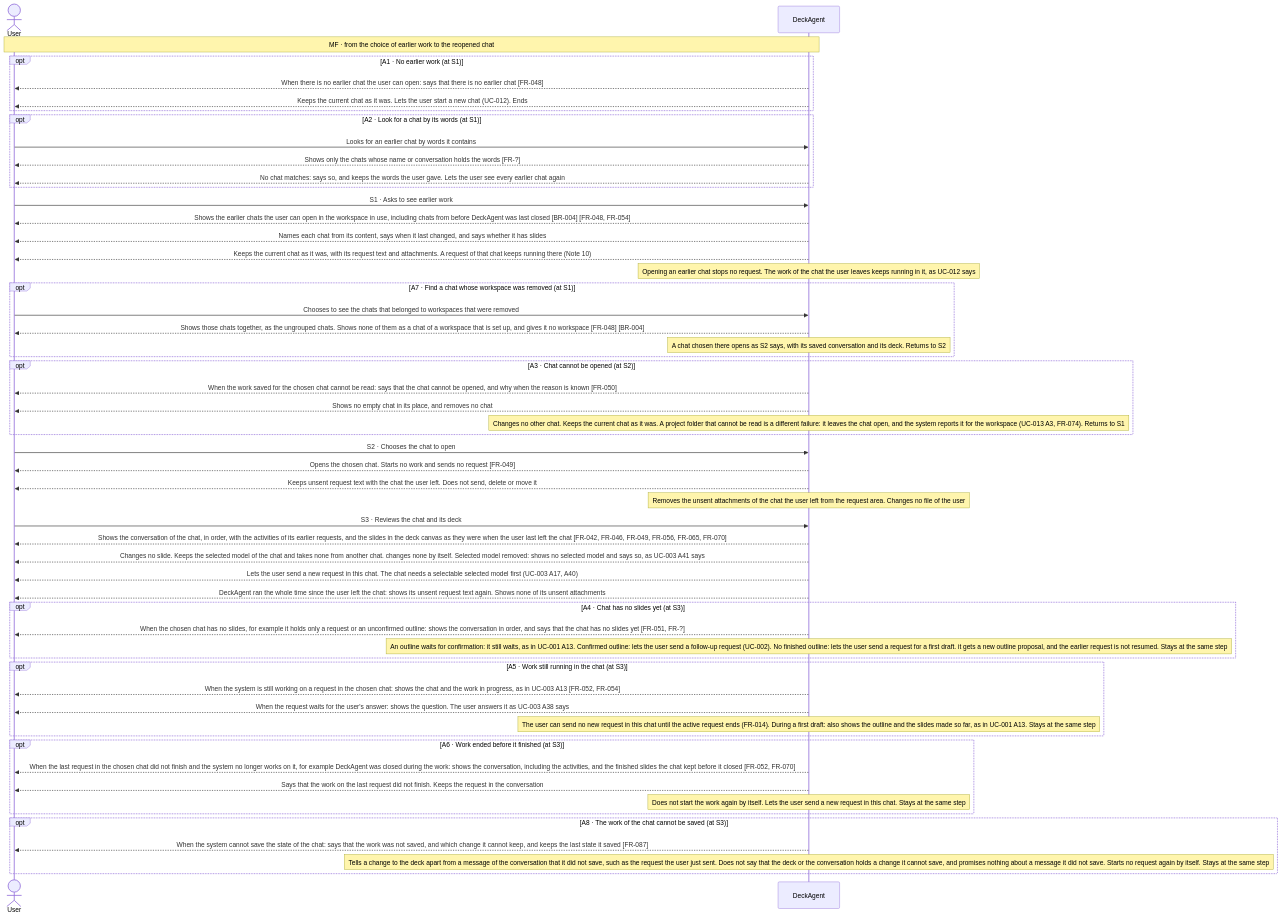
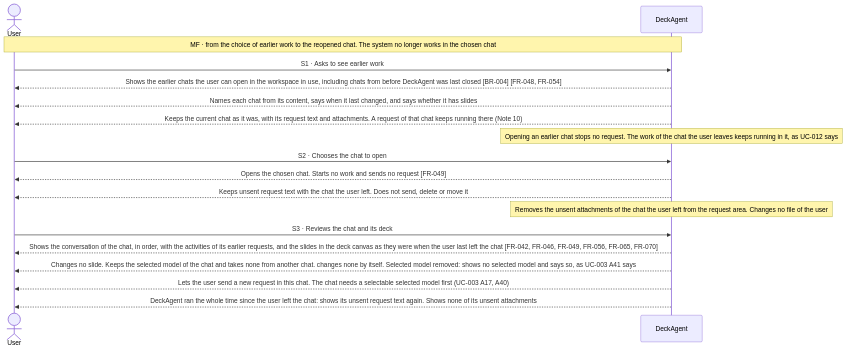
One commit to Luke23127006/DeckAgent changed the first of 9 diagrams in docs/spec/03-use-cases/UC-006.md. Above: the diagram before and after it, drawn with Mermaid. The commit also changed other lines of this file and 25 other files, not shown here.

Commit message:
docs(spec): restructure use cases with main flow first

````diff
--- a/docs/spec/03-use-cases/UC-006.md
+++ b/docs/spec/03-use-cases/UC-006.md
@@ -40,57 +40,20 @@
 ```mermaid
 sequenceDiagram
     actor User
     participant DeckAgent
-    Note over User,DeckAgent: MF · from the choice of earlier work to the reopened chat
-    opt A1 · No earlier work (at S1)
-        DeckAgent-->>User: When there is no earlier chat the user can open: says that there is no earlier chat [FR-048]
-        DeckAgent-->>User: Keeps the current chat as it was. Lets the user start a new chat (UC-012). Ends
-    end
-    opt A2 · Look for a chat by its words (at S1)
-        User->>DeckAgent: Looks for an earlier chat by words it contains
-        DeckAgent-->>User: Shows only the chats whose name or conversation holds the words [FR-?]
-        DeckAgent-->>User: No chat matches: says so, and keeps the words the user gave. Lets the user see every earlier chat again
-    end
+    Note over User,DeckAgent: MF · from the choice of earlier work to the reopened chat. The system no longer works in the chosen chat
     User->>DeckAgent: S1 · Asks to see earlier work
     DeckAgent-->>User: Shows the earlier chats the user can open in the workspace in use, including chats from before DeckAgent was last closed [BR-004] [FR-048, FR-054]
     DeckAgent-->>User: Names each chat from its content, says when it last changed, and says whether it has slides
     DeckAgent-->>User: Keeps the current chat as it was, with its request text and attachments. A request of that chat keeps running there (Note 10)
     note over DeckAgent: Opening an earlier chat stops no request. The work of the chat the user leaves keeps running in it, as UC-012 says
-    opt A7 · Find a chat whose workspace was removed (at S1)
-        User->>DeckAgent: Chooses to see the chats that belonged to workspaces that were removed
-        DeckAgent-->>User: Shows those chats together, as the ungrouped chats. Shows none of them as a chat of a workspace that is set up, and gives it no workspace [FR-048] [BR-004]
-        note over DeckAgent: A chat chosen there opens as S2 says, with its saved conversation and its deck. Returns to S2
-    end
-    opt A3 · Chat cannot be opened (at S2)
-        DeckAgent-->>User: When the work saved for the chosen chat cannot be read: says that the chat cannot be opened, and why when the reason is known [FR-050]
-        DeckAgent-->>User: Shows no empty chat in its place, and removes no chat
-        note over DeckAgent: Changes no other chat. Keeps the current chat as it was. A project folder that cannot be read is a different failure: it leaves the chat open, and the system reports it for the workspace (UC-013 A3, FR-074). Returns to S1
-    end
     User->>DeckAgent: S2 · Chooses the chat to open
     DeckAgent-->>User: Opens the chosen chat. Starts no work and sends no request [FR-049]
     DeckAgent-->>User: Keeps unsent request text with the chat the user left. Does not send, delete or move it
     note over DeckAgent: Removes the unsent attachments of the chat the user left from the request area. Changes no file of the user
     User->>DeckAgent: S3 · Reviews the chat and its deck
     DeckAgent-->>User: Shows the conversation of the chat, in order, with the activities of its earlier requests, and the slides in the deck canvas as they were when the user last left the chat [FR-042, FR-046, FR-049, FR-056, FR-065, FR-070]
     DeckAgent-->>User: Changes no slide. Keeps the selected model of the chat and takes none from another chat. changes none by itself. Selected model removed: shows no selected model and says so, as UC-003 A41 says
     DeckAgent-->>User: Lets the user send a new request in this chat. The chat needs a selectable selected model first (UC-003 A17, A40)
     DeckAgent-->>User: DeckAgent ran the whole time since the user left the chat: shows its unsent request text again. Shows none of its unsent attachments
-    opt A4 · Chat has no slides yet (at S3)
-        DeckAgent-->>User: When the chosen chat has no slides, for example it holds only a request or an unconfirmed outline: shows the conversation in order, and says that the chat has no slides yet [FR-051, FR-?]
-        note over DeckAgent: An outline waits for confirmation: it still waits, as in UC-001 A13. Confirmed outline: lets the user send a follow-up request (UC-002). No finished outline: lets the user send a request for a first draft. it gets a new outline proposal, and the earlier request is not resumed. Stays at the same step
-    end
-    opt A5 · Work still running in the chat (at S3)
-        DeckAgent-->>User: When the system is still working on a request in the chosen chat: shows the chat and the work in progress, as in UC-003 A13 [FR-052, FR-054]
-        DeckAgent-->>User: When the request waits for the user's answer: shows the question. The user answers it as UC-003 A38 says
-        note over DeckAgent: The user can send no new request in this chat until the active request ends (FR-014). During a first draft: also shows the outline and the slides made so far, as in UC-001 A13. Stays at the same step
-    end
-    opt A6 · Work ended before it finished (at S3)
-        DeckAgent-->>User: When the last request in the chosen chat did not finish and the system no longer works on it, for example DeckAgent was closed during the work: shows the conversation, including the activities, and the finished slides the chat kept before it closed [FR-052, FR-070]
-        DeckAgent-->>User: Says that the work on the last request did not finish. Keeps the request in the conversation
-        note over DeckAgent: Does not start the work again by itself. Lets the user send a new request in this chat. Stays at the same step
-    end
-    opt A8 · The work of the chat cannot be saved (at S3)
-        DeckAgent-->>User: When the system cannot save the state of the chat: says that the work was not saved, and which change it cannot keep, and keeps the last state it saved [FR-087]
-        note over DeckAgent: Tells a change to the deck apart from a message of the conversation that it did not save, such as the request the user just sent. Does not say that the deck or the conversation holds a change it cannot save, and promises nothing about a message it did not save. Starts no request again by itself. Stays at the same step
-    end
 ```
````
